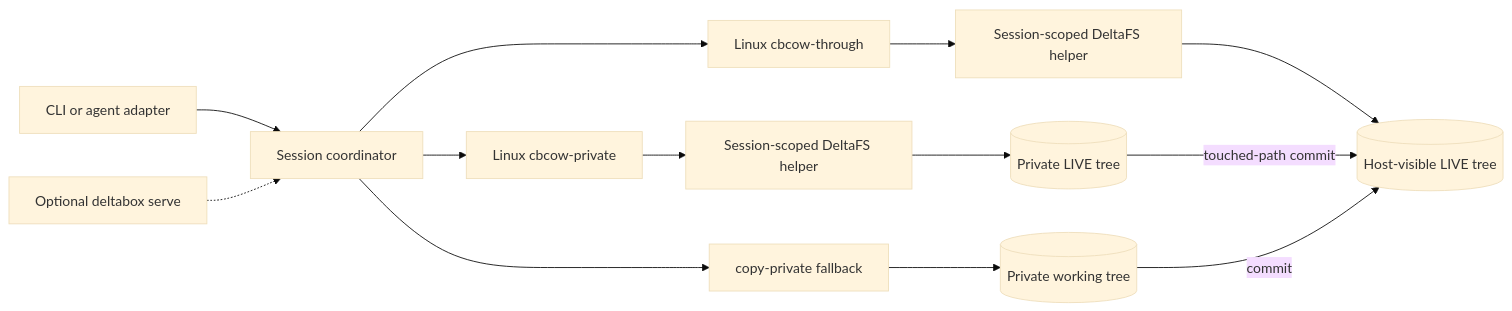
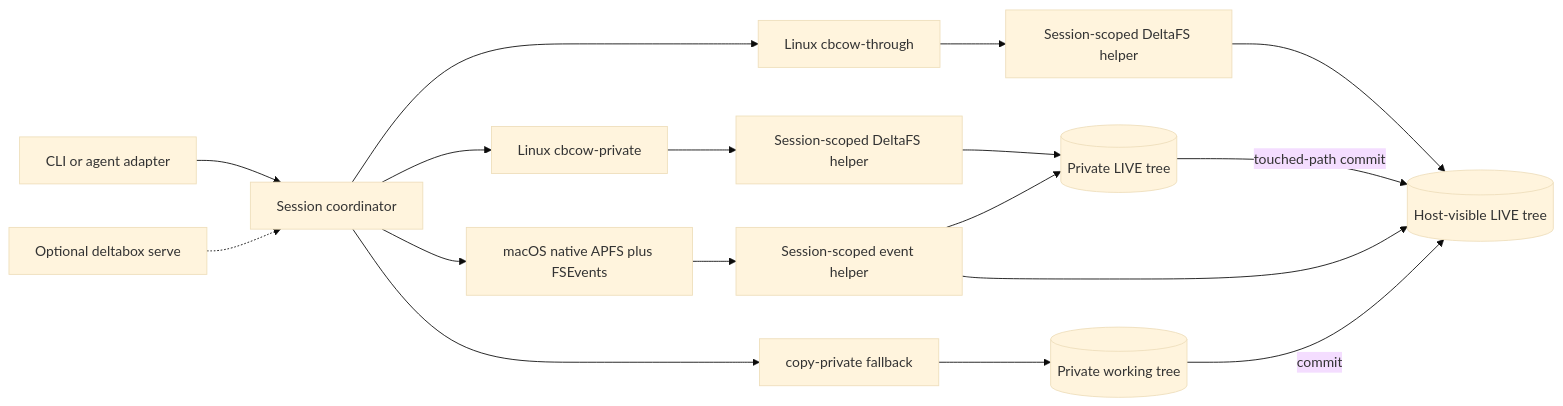
Before and after one commit to delta-box/deltabox-lite: the diagram in README.md, drawn with Mermaid (base theme). The commit also changed other lines of this file and 28 other files, not shown here.

Commit message:
deltafs-fuse: add native macOS CB-CoW provider

````diff
--- a/README.md
+++ b/README.md
@@ -58,15 +60,19 @@
 ```mermaid
 flowchart LR
     A[CLI or agent adapter] --> C[Session coordinator]
     C --> T[Linux cbcow-through]
     T --> H[Session-scoped DeltaFS helper]
     H --> P[(Host-visible LIVE tree)]
     C --> V[Linux cbcow-private]
     V --> F[Session-scoped DeltaFS helper]
     F --> L[(Private LIVE tree)]
     L -->|touched-path commit| P
+    C --> M[macOS native APFS plus FSEvents]
+    M --> E[Session-scoped event helper]
+    E --> P
+    E --> L
     C --> R[copy-private fallback]
     R --> S[(Private working tree)]
     S -->|commit| P
     O[Optional deltabox serve] -.-> C
 ```
````
